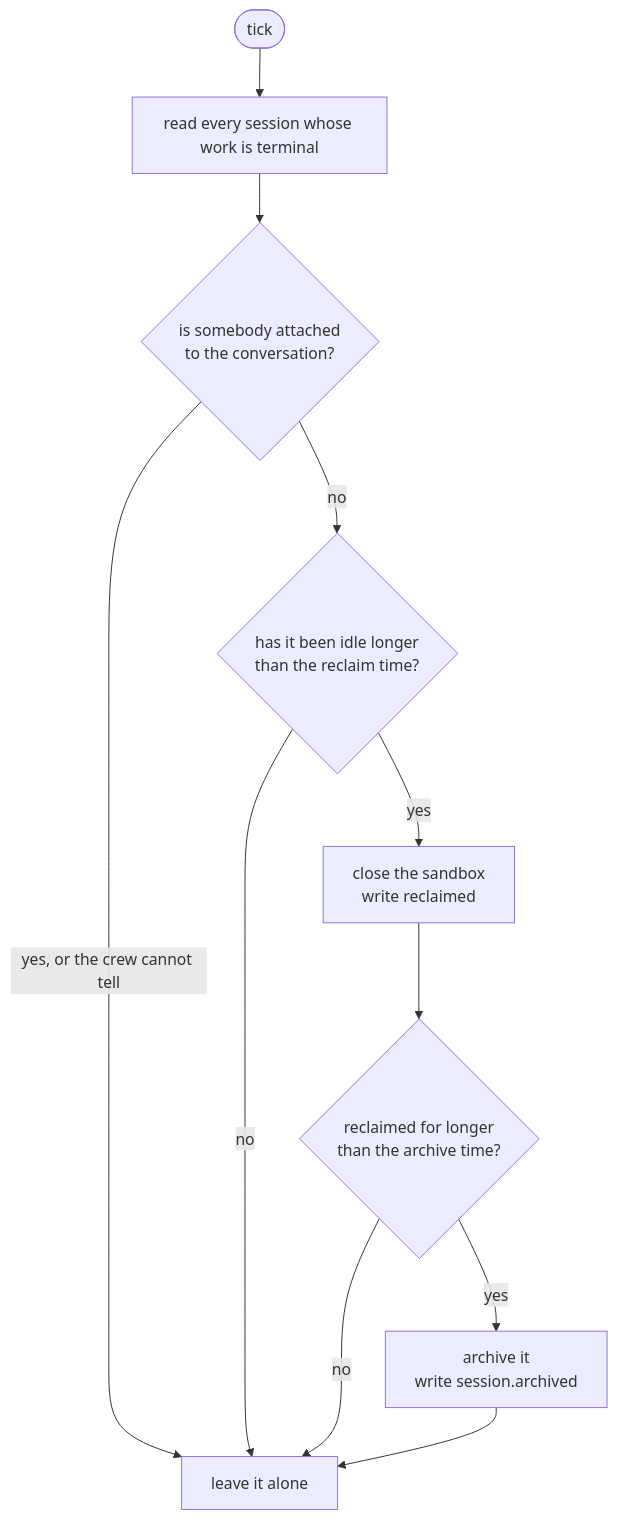
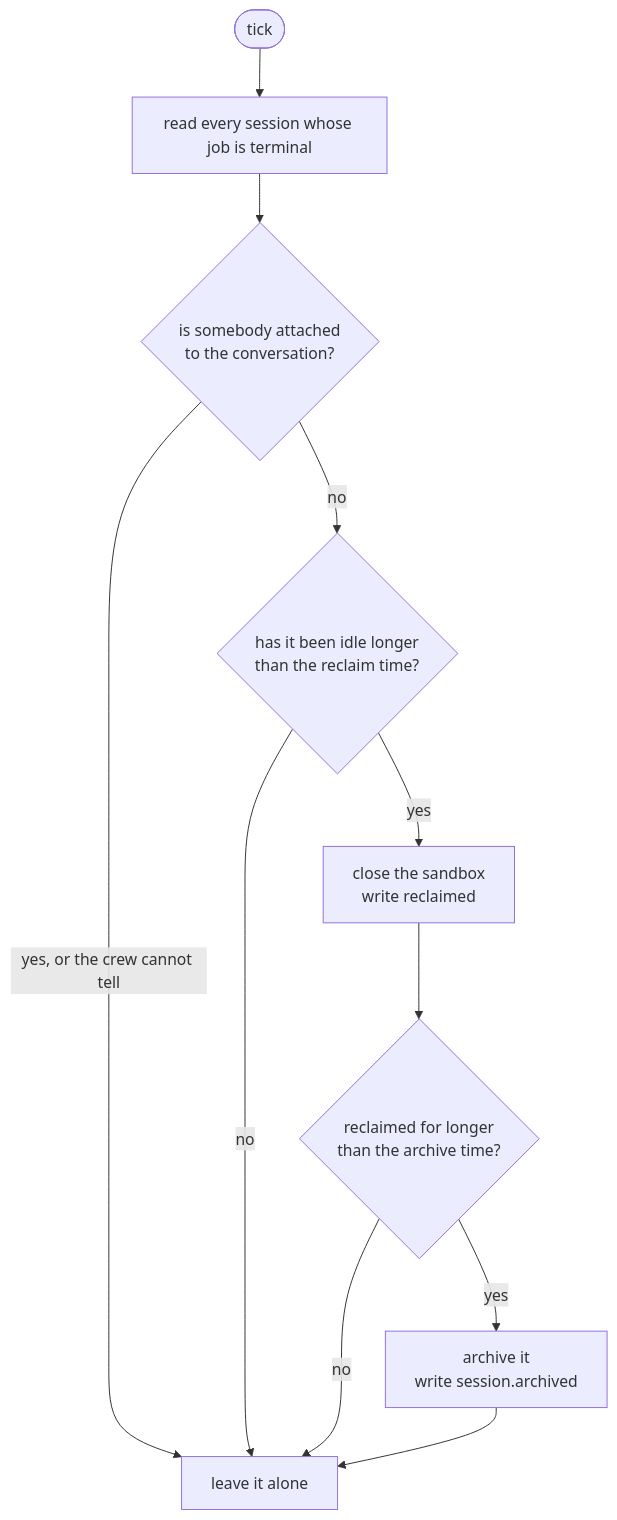
Before and after one commit to atlantic-blue/quay-crew: diagram 12 of 19 in docs/ORCHESTRATION.md, drawn with Mermaid. The commit also changed other lines of this file and 222 other files, not shown here.

Commit message:
refactor: declared intent is a job, not work

````diff
--- a/docs/ORCHESTRATION.md
+++ b/docs/ORCHESTRATION.md
@@ -1823,13 +1823,13 @@
 ```mermaid
 flowchart TD
-    TICK(["tick"]) --> READ["read every session whose work is terminal"]
+    TICK(["tick"]) --> READ["read every session whose job is terminal"]
     READ --> ATTACHED{"is somebody attached<br/>to the conversation?"}
     ATTACHED -->|"yes, or the crew cannot tell"| LEAVE["leave it alone"]
     ATTACHED -->|"no"| RECLAIM{"has it been idle longer<br/>than the reclaim time?"}
     RECLAIM -->|"no"| LEAVE
     RECLAIM -->|"yes"| CLOSE["close the sandbox<br/>write reclaimed"]
     CLOSE --> AGE{"reclaimed for longer<br/>than the archive time?"}
     AGE -->|"no"| LEAVE
     AGE -->|"yes"| FILE["archive it<br/>write session.archived"]
     FILE --> LEAVE
 ```
````
